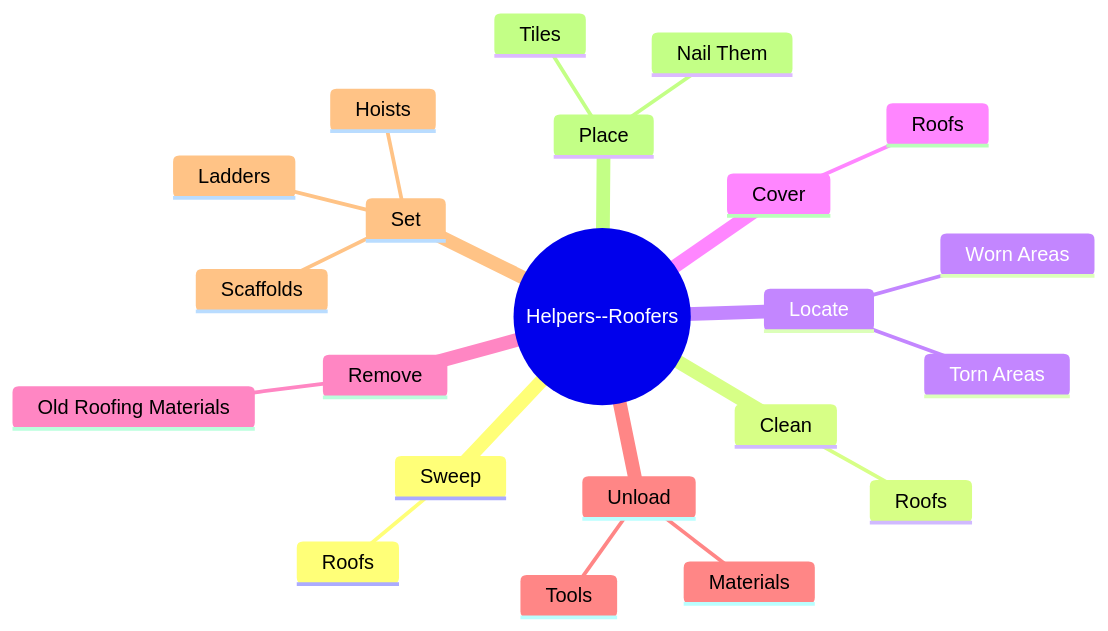
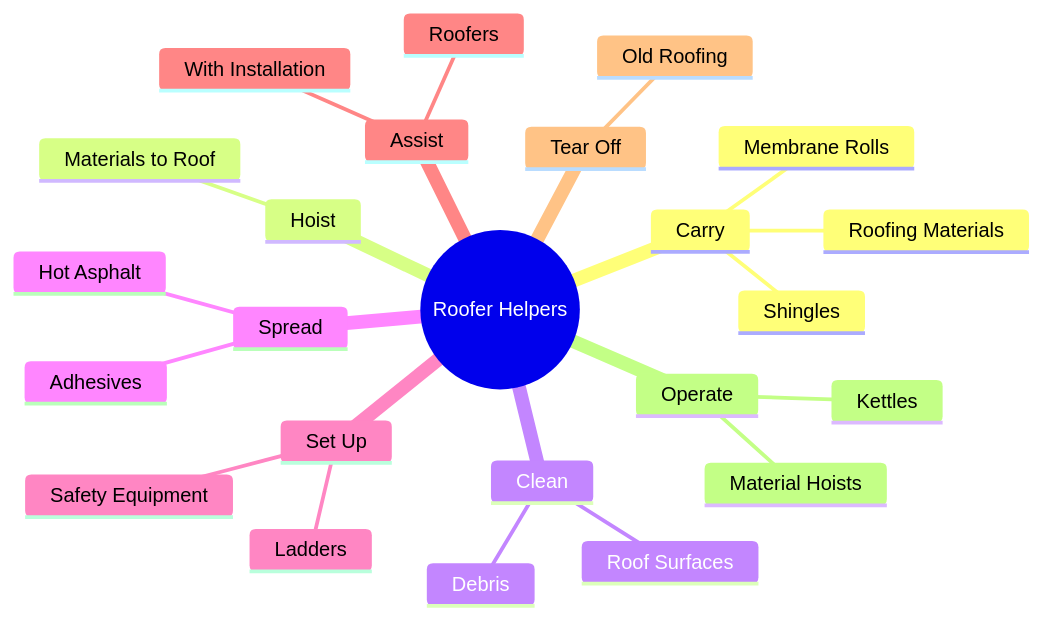
The second of 4 diagrams in occupations/Construction/HelpersRoofers.mdx (kziemski/business.org.ai), drawn with Mermaid before and after one commit. The commit also changed other lines of this file and 938 other files, not shown here.

````diff
--- a/occupations/Construction/HelpersRoofers.mdx
+++ b/occupations/Construction/HelpersRoofers.mdx
@@ -37,25 +46,27 @@
 ```mermaid
 mindmap
-    root(("Helpers--Roofers"))
-        Sweep
-            Roofs
+    root(("Roofer Helpers"))
+        Carry
+            Roofing Materials
+            Shingles
+            Membrane Rolls
+        Hoist
+            Materials to Roof
         Clean
-            Roofs
-        Locate
-            Worn Areas
-            Torn Areas
-        Cover
-            Roofs
-        Remove
-            Old Roofing Materials
-        Unload
-            Materials
-            Tools
-        Set
+            Roof Surfaces
+            Debris
+        Spread
+            Adhesives
+            Hot Asphalt
+        Set Up
             Ladders
-            Scaffolds
-            Hoists
-        Place
-            Tiles
-            Nail Them
+            Safety Equipment
+        Assist
+            Roofers
+            With Installation
+        Tear Off
+            Old Roofing
+        Operate
+            Material Hoists
+            Kettles
 ```
````
